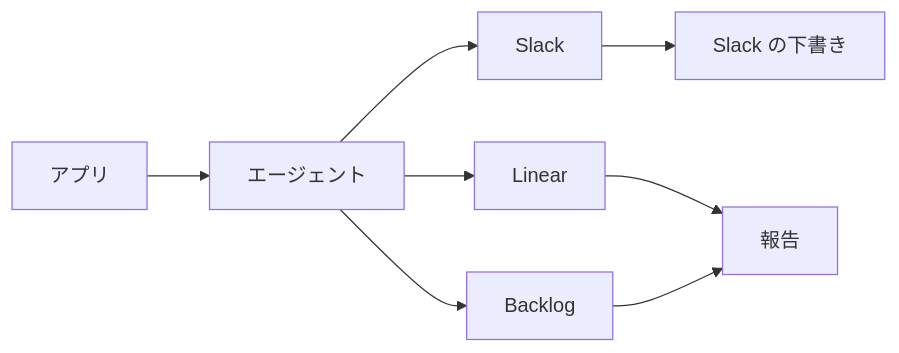
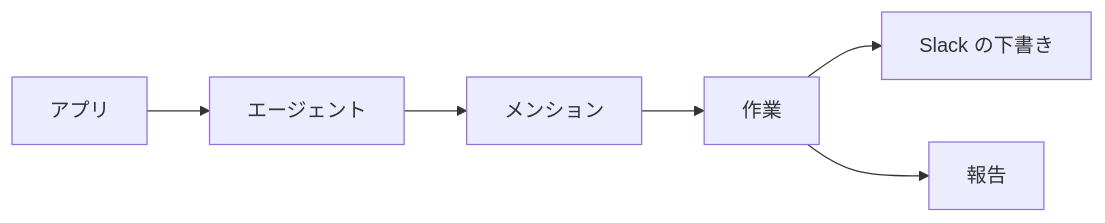
Before and after one commit to ac-nakamura-y/batb: the diagram in docs/potts.md, drawn with Mermaid. The commit also changed other lines of this file and 2 other files, not shown here.

First line of the commit message:
Have Potts do the requested work before drafting replies

````diff
--- a/docs/potts.md
+++ b/docs/potts.md
@@ -21,10 +21,8 @@
 ```mermaid
 flowchart LR
   app[アプリ] --> agent[エージェント]
-  agent --> slack[Slack]
-  agent --> linear[Linear]
-  agent --> backlog[Backlog]
-  slack --> draft[Slack の下書き]
-  linear --> report[報告]
-  backlog --> report
+  agent --> mention[メンション]
+  mention --> work[作業]
+  work --> draft[Slack の下書き]
+  work --> report[報告]
 ```
````
